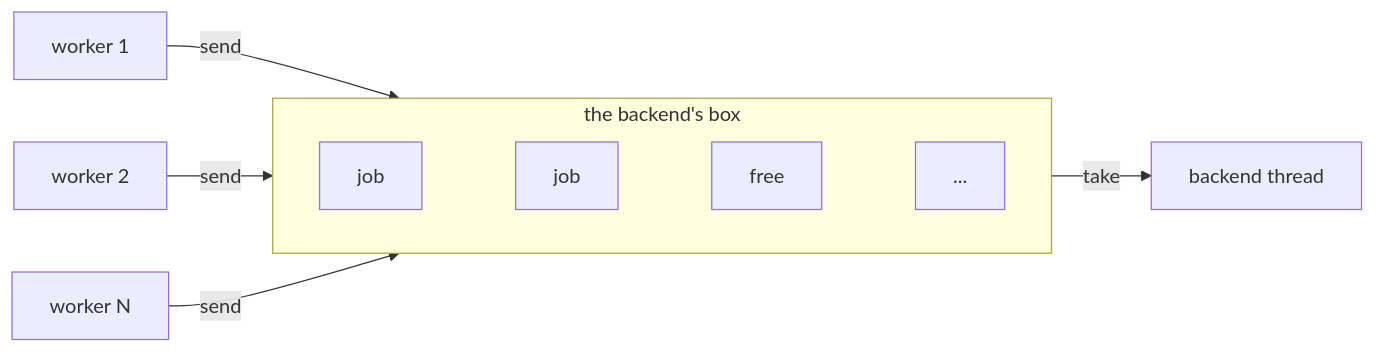
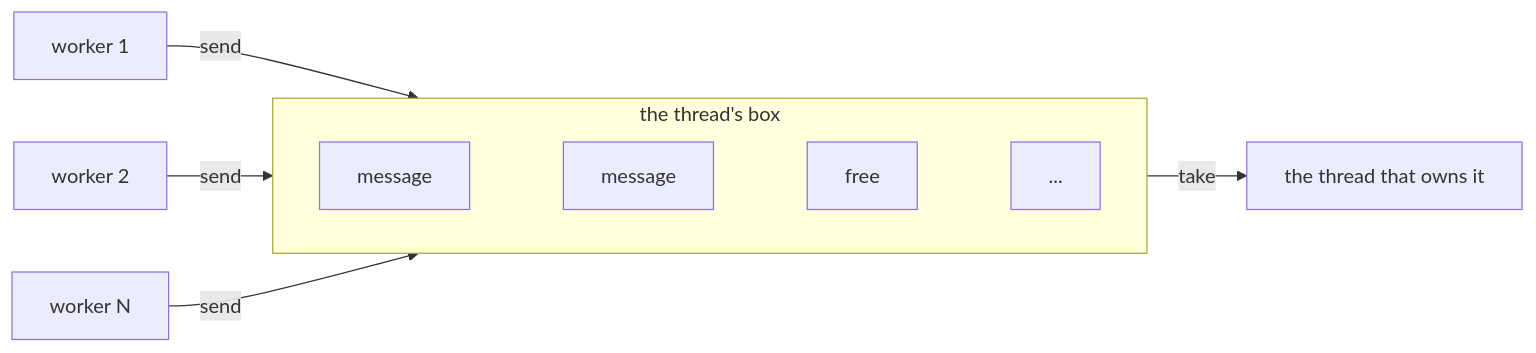
Before and after one commit to Lemon4ksan/goose-http: the second of 3 diagrams in docs/patterns.md, drawn with Mermaid. The commit also changed other lines of this file and 3 other files, not shown here.

````diff
--- a/docs/patterns.md
+++ b/docs/patterns.md
@@ -118,11 +118,11 @@
 ```mermaid
 flowchart LR
     W1["worker 1"] -- send --> B
     W2["worker 2"] -- send --> B
     WN["worker N"] -- send --> B
-    subgraph B ["the backend's box"]
+    subgraph B ["the thread's box"]
         direction LR
-        s1["job"] ~~~ s2["job"] ~~~ s3["free"] ~~~ s4["..."]
+        s1["message"] ~~~ s2["message"] ~~~ s3["free"] ~~~ s4["..."]
     end
-    B -- take --> O["backend thread"]
+    B -- take --> O["the thread that owns it"]
 ```
````
